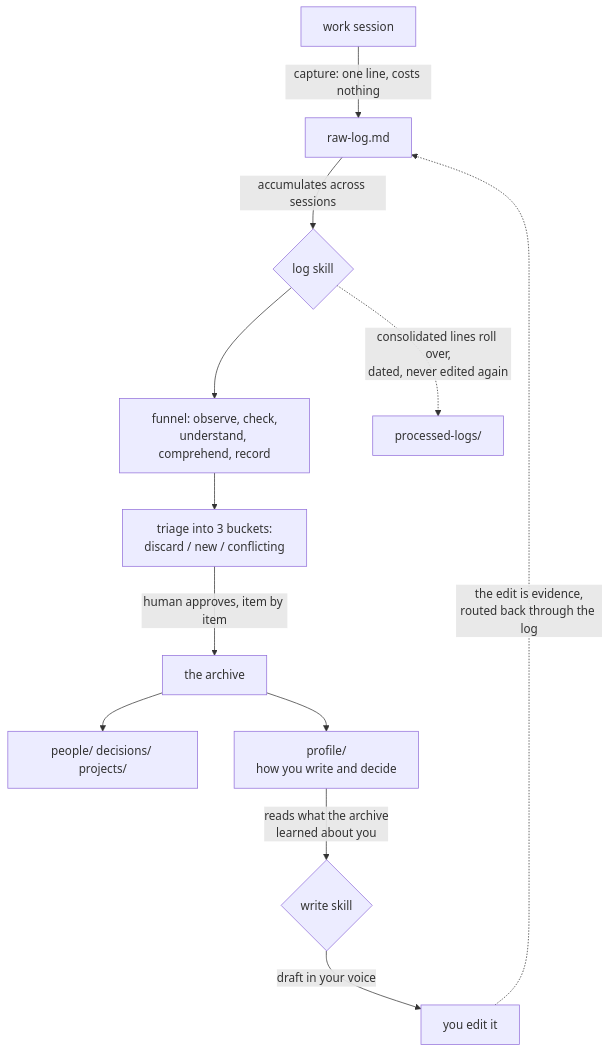
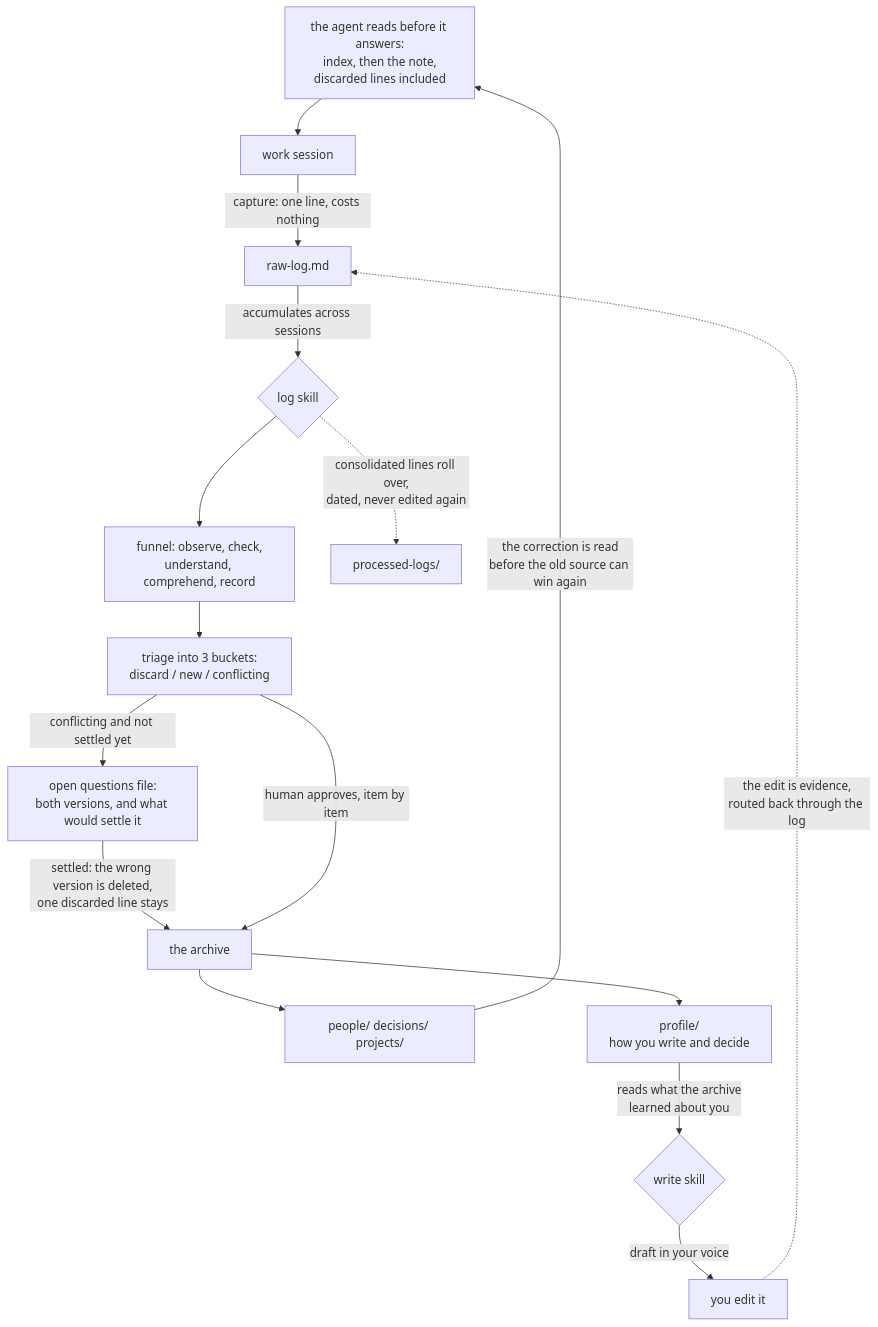
The diagram in README.md (Valmor-R-Reichel/SGM), drawn with Mermaid before and after one commit. The commit also changed other lines of this file, not shown here.

Commit message:
Show the discarded line in the diagram: the loop that makes the archive governed is the one back to the top

````diff
--- a/README.md
+++ b/README.md
@@ -46,14 +46,18 @@
 ```mermaid
 flowchart TD
+    R["the agent reads before it answers:<br/>index, then the note,<br/>discarded lines included"] --> A
     A["work session"] -->|"capture: one line, costs nothing"| B["raw-log.md"]
     B -->|"accumulates across sessions"| C{"log skill"}
     C --> D["funnel: observe, check,<br/>understand, comprehend, record"]
     C -.->|"consolidated lines roll over,<br/>dated, never edited again"| K["processed-logs/"]
     D --> E["triage into 3 buckets:<br/>discard / new / conflicting"]
+    E -->|"conflicting and not settled yet"| Q["open questions file:<br/>both versions, and what would settle it"]
+    Q -->|"settled: the wrong version is deleted,<br/>one discarded line stays"| F
     E -->|"human approves, item by item"| F["the archive"]
     F --> G["people/ decisions/ projects/"]
+    G -->|"the correction is read<br/>before the old source can win again"| R
     F --> H["profile/<br/>how you write and decide"]
     H -->|"reads what the archive<br/>learned about you"| I{"write skill"}
     I -->|"draft in your voice"| J["you edit it"]
     J -.->|"the edit is evidence,<br/>routed back through the log"| B
 ```
````
